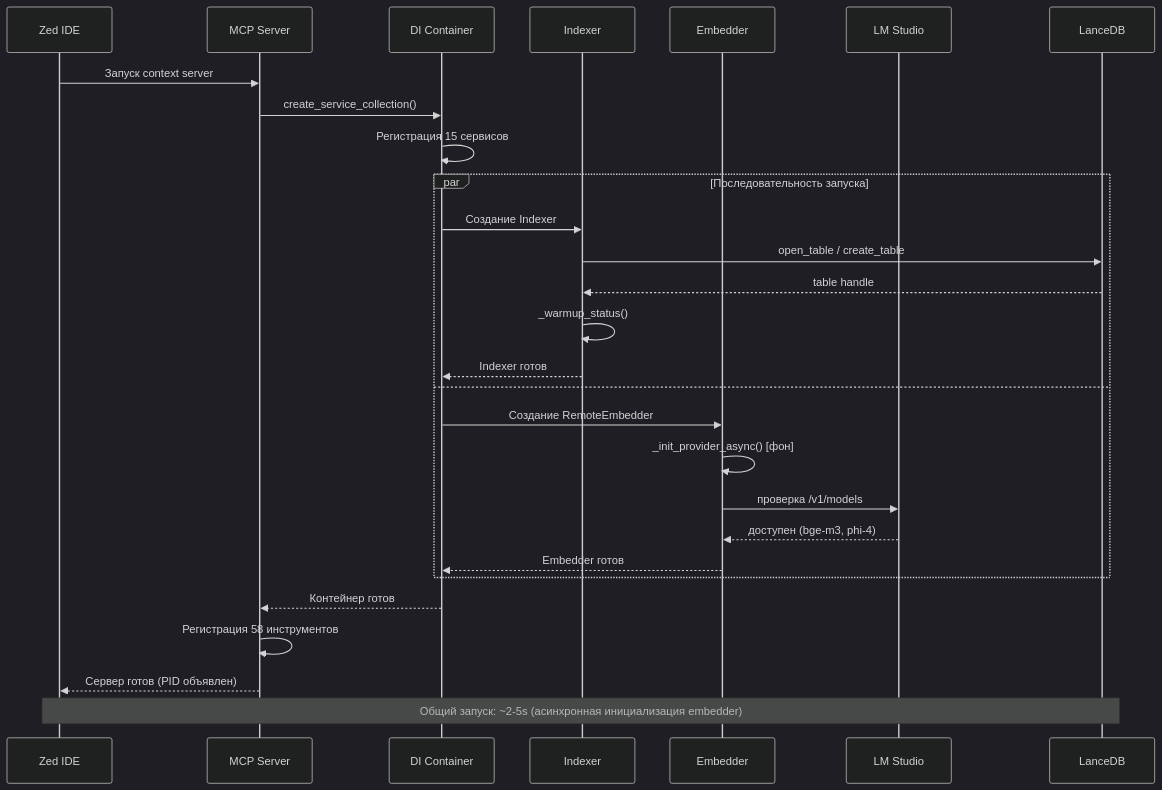
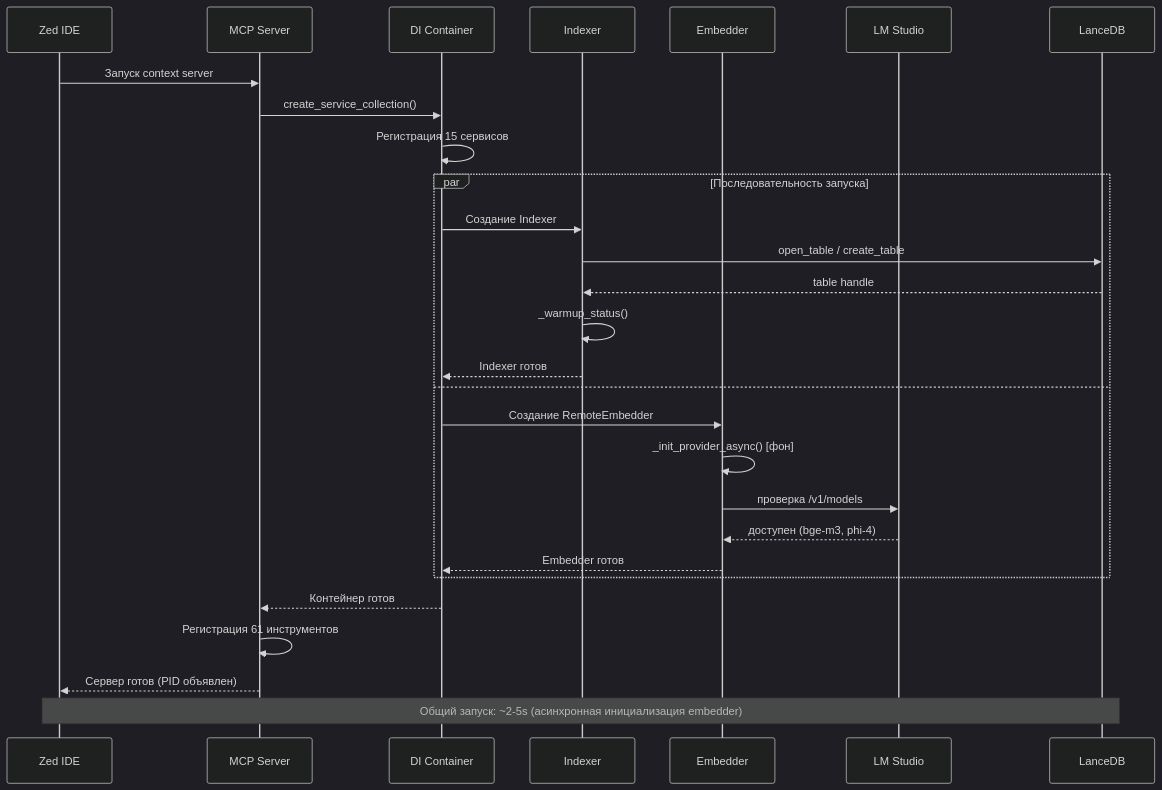
One commit to ManSio/mscodebase-intelligence changed the fifth of 8 diagrams in docs/ru/ARCHITECTURE_DEEP.md. Above: the diagram before and after it, drawn with Mermaid (dark theme). The commit also changed other lines of this file and 30 other files, not shown here.

````diff
--- a/docs/ru/ARCHITECTURE_DEEP.md
+++ b/docs/ru/ARCHITECTURE_DEEP.md
@@ -179,34 +179,34 @@
 ```mermaid
 sequenceDiagram
     participant Zed as Zed IDE
     participant MCP as MCP Server
     participant DI as DI Container
     participant IX as Indexer
     participant EM as Embedder
     participant LM as LM Studio
     participant DB as LanceDB
 
     Zed->>MCP: Запуск context server
     MCP->>DI: create_service_collection()
     DI->>DI: Регистрация 15 сервисов
     
     par Последовательность запуска
         DI->>IX: Создание Indexer
         IX->>DB: open_table / create_table
         DB-->>IX: table handle
         IX->>IX: _warmup_status()
         IX-->>DI: Indexer готов
     and
         DI->>EM: Создание RemoteEmbedder
         EM->>EM: _init_provider_async() [фон]
         EM->>LM: проверка /v1/models
         LM-->>EM: доступен (bge-m3, phi-4)
         EM-->>DI: Embedder готов
     end
     
     DI-->>MCP: Контейнер готов
-    MCP->>MCP: Регистрация 58 инструментов
+    MCP->>MCP: Регистрация 61 инструментов
     MCP-->>Zed: Сервер готов (PID объявлен)
     
     Note over Zed,DB: Общий запуск: ~2-5s (асинхронная инициализация embedder)
 ```
````
